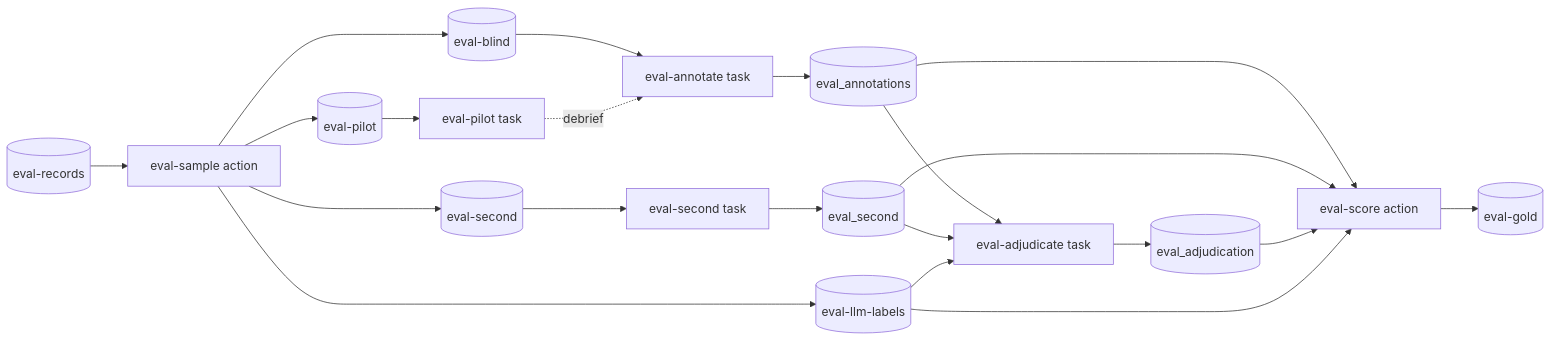
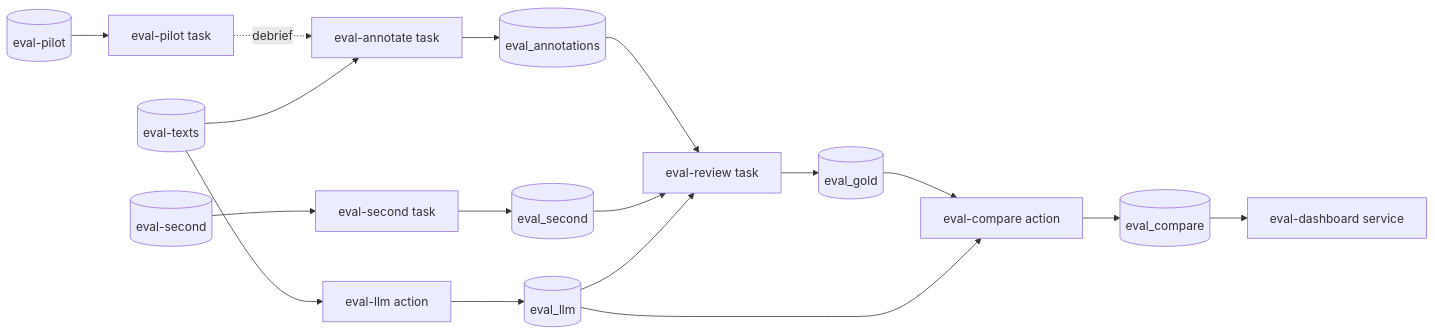
The diagram in llm-classifier-eval/README.md (explosion/ellf-templates), drawn with Mermaid before and after one commit. The commit also changed other lines of this file and 27 other files, not shown here.

First line of the commit message:
Use built-ins for everything but running the LLM

````diff
--- a/llm-classifier-eval/README.md
+++ b/llm-classifier-eval/README.md
@@ -26,17 +30,13 @@
 ```mermaid
 flowchart LR
     accTitle: Evaluating an LLM classifier
-    accDescr: The LLM's published decisions are sampled by an action into a blind sample, a pilot and a second-annotator subset for the annotation tasks, and a sample with the LLM's labels and weights. A pilot settles the definitions, the main task labels the whole sample blind, and an optional second annotator labels a subset. A review task settles every disagreement with the LLM, and a scoring action reports the LLM's accuracy and writes a gold set.
-    records[(eval-records)] --> sample[eval-sample action]
-    sample --> pilot[(eval-pilot)] --> ptask[eval-pilot task]
-    sample --> blind[(eval-blind)] --> atask[eval-annotate task]
-    sample --> second[(eval-second)] --> stask[eval-second task]
-    sample --> llm[(eval-llm-labels)]
+    accDescr: An action runs the LLM over a published sample of texts and saves its answers to a dataset. People label the same texts blind in a pilot, the main task and optionally a second task. A built-in review settles every disagreement between people and the LLM, a merge puts the settled labels and the LLM's answers in one dataset, and the annotation dashboard shows their agreement and confusions.
+    texts[(eval-texts)] --> llm[eval-llm action] --> llmds[(eval_llm)]
+    pilot[(eval-pilot)] --> ptask[eval-pilot task]
     ptask -. debrief .-> atask
-    atask --> ads[(eval_annotations)]
-    stask --> sds[(eval_second)]
-    ads & sds & llm --> review[eval-adjudicate task]
-    review --> jds[(eval_adjudication)]
-    ads & sds & jds & llm --> score[eval-score action]
-    score --> gold[(eval-gold)]
+    texts --> atask[eval-annotate task] --> ads[(eval_annotations)]
+    second[(eval-second)] --> stask[eval-second task] --> sds[(eval_second)]
+    ads & sds & llmds --> review[eval-review task] --> gold[(eval_gold)]
+    gold & llmds --> merge[eval-compare action] --> compare[(eval_compare)]
+    compare --> dash[eval-dashboard service]
 ```
````
